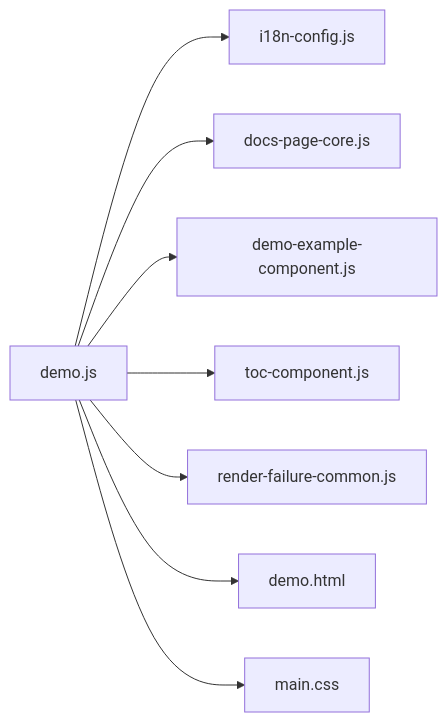
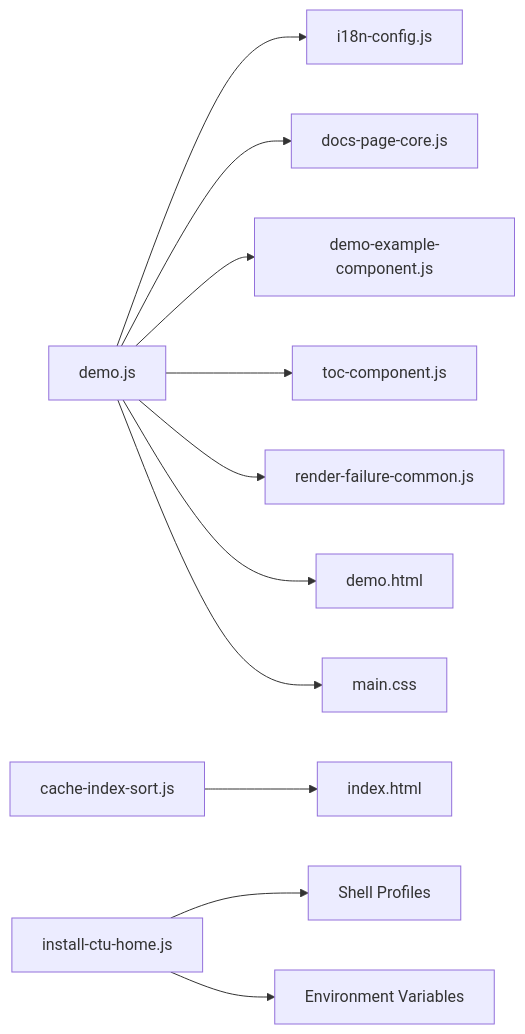
The fourth of 4 diagrams in .qoder/repowiki/en/content/Core Components/Core Components.md (pingwurth/code-to-uml), drawn with Mermaid before and after one commit. The commit also changed other lines of this file and 48 other files, not shown here.

````diff
--- a/.qoder/repowiki/en/content/Core Components/Core Components.md
+++ b/.qoder/repowiki/en/content/Core Components/Core Components.md
@@ -299,10 +418,13 @@
 ```mermaid
 graph LR
 Demo["demo.js"] --> I18n["i18n-config.js"]
 Demo --> Core["docs-page-core.js"]
 Demo --> Example["demo-example-component.js"]
 Demo --> Toc["toc-component.js"]
 Demo --> Failure["render-failure-common.js"]
 Demo --> HTML["demo.html"]
 Demo --> CSS["main.css"]
+CacheSort["cache-index-sort.js"] --> IndexHTML["index.html"]
+Install["install-ctu-home.js"] --> ShellProfiles["Shell Profiles"]
+Install --> EnvVars["Environment Variables"]
 ```
````
